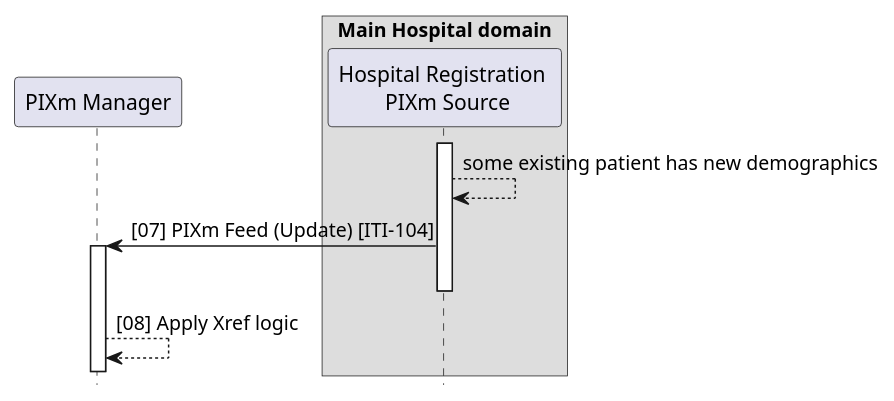
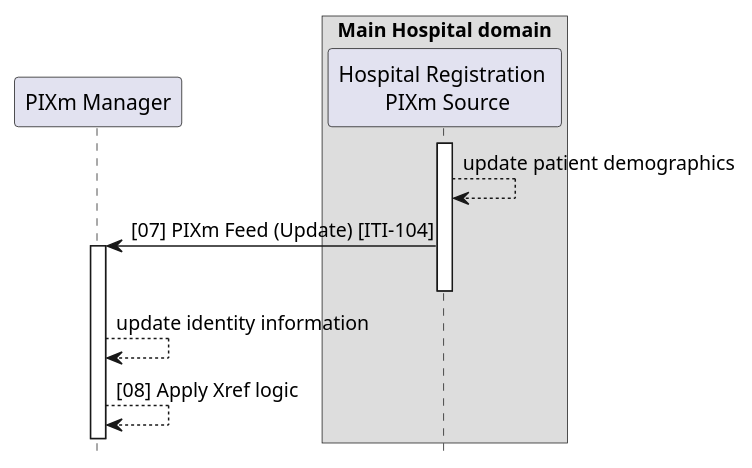
Before and after one commit to IHE/ITI.PIXm: the diagram in input/images-source/uc_2.plantuml, drawn with PlantUML. The commit also changed 1 other file, not shown here.

```diff
--- a/input/images-source/uc_2.plantuml
+++ b/input/images-source/uc_2.plantuml
@@ -1,17 +1,18 @@
 @startuml
 hide footbox
 
 participant "PIXm Manager" as Manager
 box Main Hospital domain
  participant "Hospital Registration \n PIXm Source" as Source2
 endbox
 
 activate Source2
-Source2 --> Source2: some existing patient has new demographics
+Source2 --> Source2: update patient demographics
 Source2 -> Manager: [07] PIXm Feed (Update) [ITI-104]
 activate Manager
 deactivate Source2
 
+Manager --> Manager: update identity information
 Manager --> Manager: [08] Apply Xref logic
 
 @enduml
```
